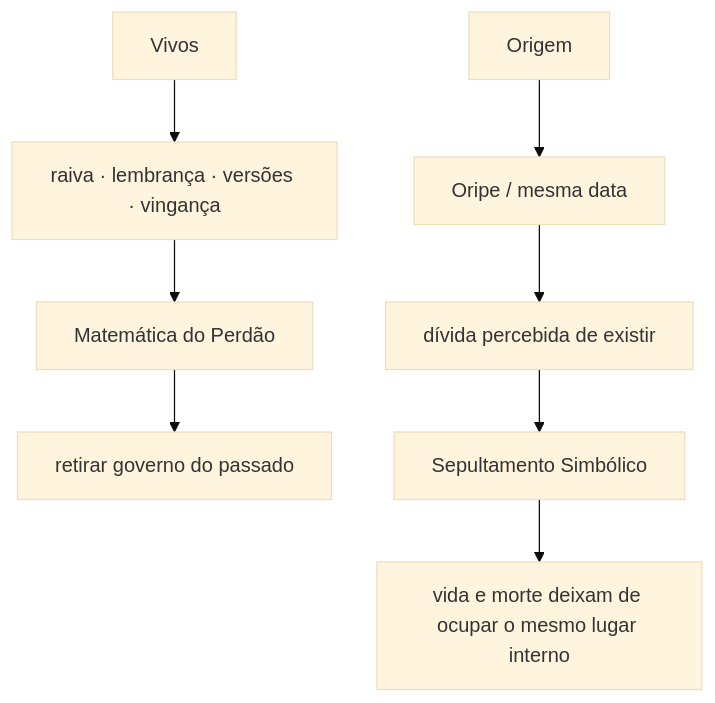
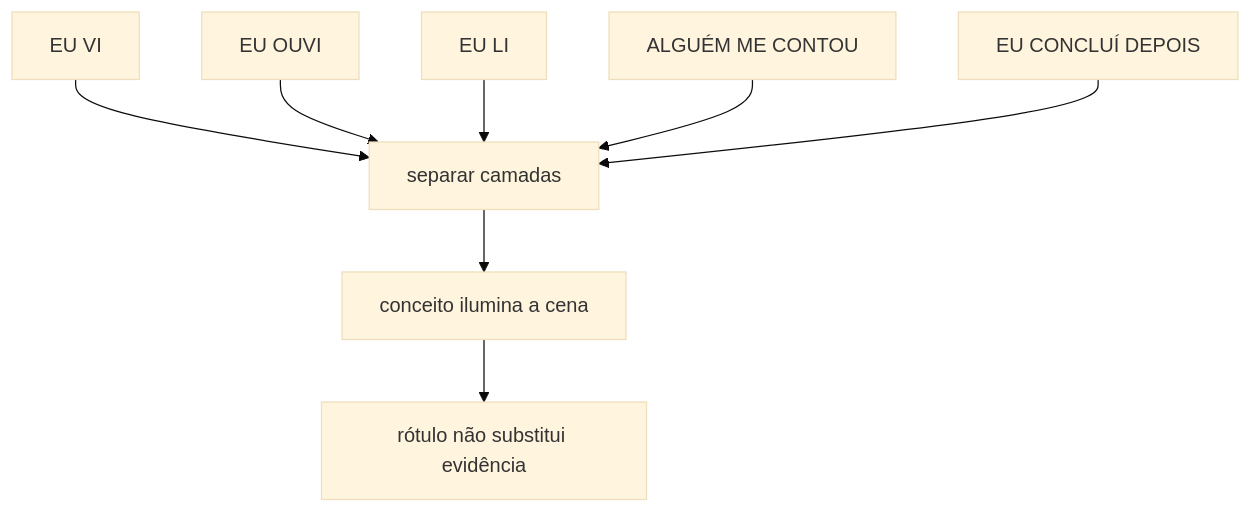
Before and after one commit to Sollimastudio/trilogia-sol-lima: the third of 4 diagrams in 01_MORTE_EM_VIDA/MAPA_VISUAL_PARTE_IV_ATUAL.md, drawn with Mermaid (base theme). The commit also changed other lines of this file, not shown here.

````diff
--- a/01_MORTE_EM_VIDA/MAPA_VISUAL_PARTE_IV_ATUAL.md
+++ b/01_MORTE_EM_VIDA/MAPA_VISUAL_PARTE_IV_ATUAL.md
@@ -47,10 +33,10 @@
 ```mermaid
 flowchart TD
-A[Vivos] --> B[raiva · lembrança · versões · vingança]
-B --> C[Matemática do Perdão]
-C --> D[retirar governo do passado]
-E[Origem] --> F[Oripe / mesma data]
-F --> G[dívida percebida de existir]
-G --> H[Sepultamento Simbólico]
-H --> I[vida e morte deixam de ocupar o mesmo lugar interno]
+A[EU VI] --> F[separar camadas]
+B[EU OUVI] --> F
+C[EU LI] --> F
+D[ALGUÉM ME CONTOU] --> F
+E[EU CONCLUÍ DEPOIS] --> F
+F --> G[conceito ilumina a cena]
+G --> H[rótulo não substitui evidência]
 ```
````
